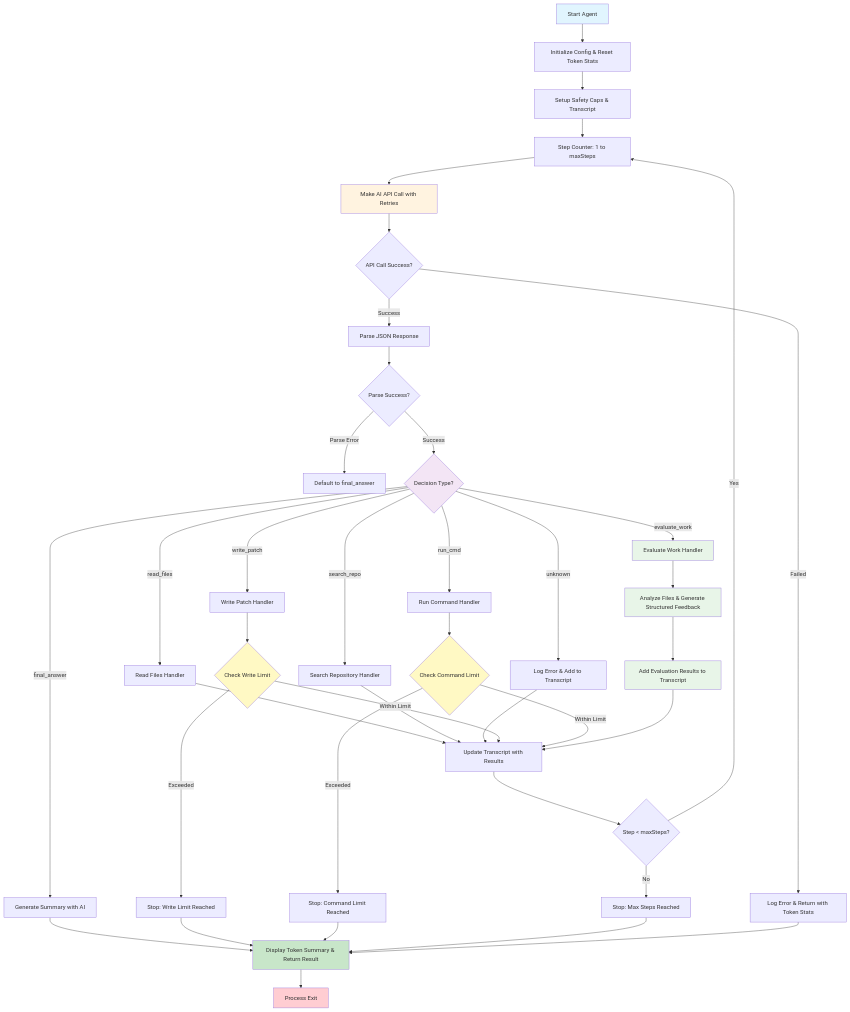
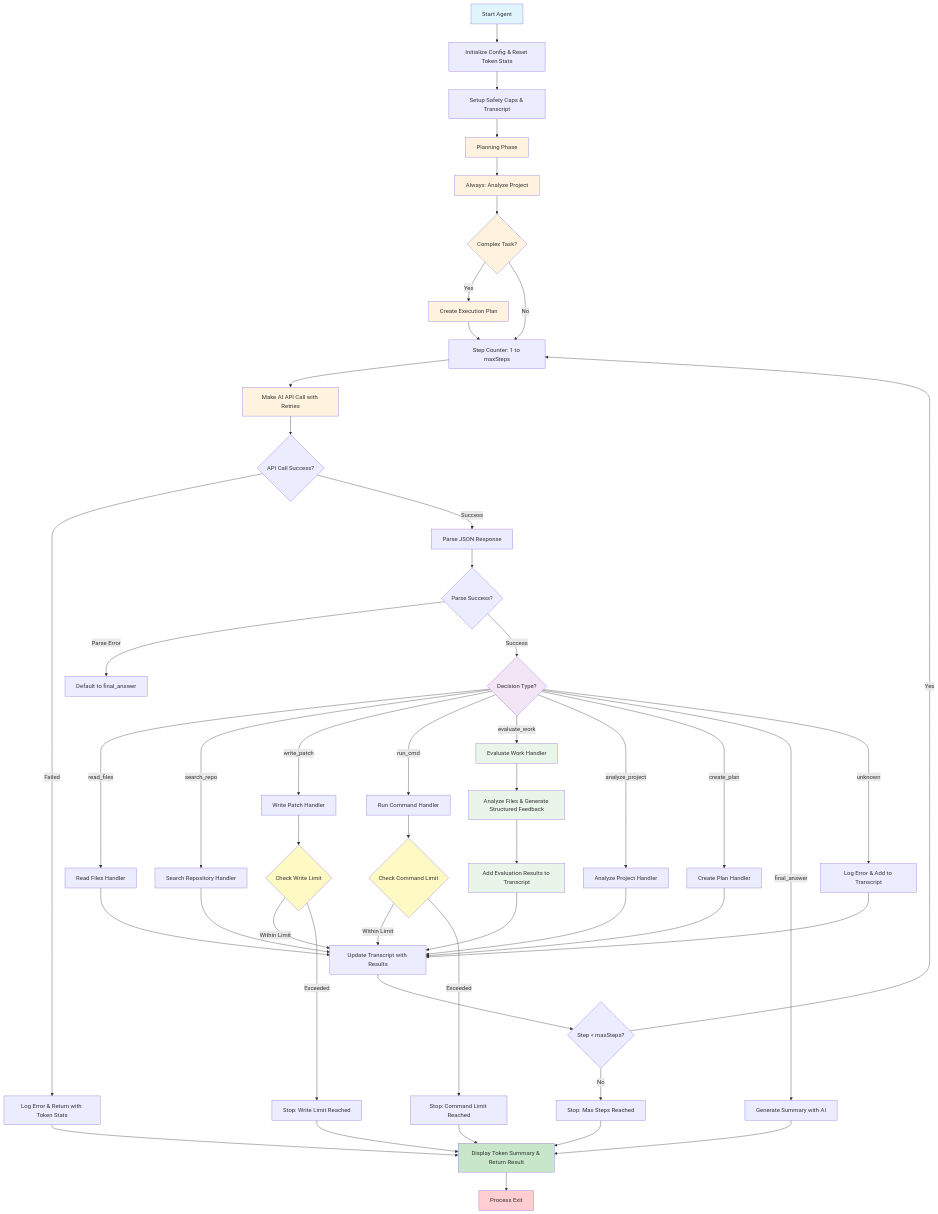
The second of 2 diagrams in readme.md (devhelpr/agent-loop), drawn with Mermaid before and after one commit. The commit also changed other lines of this file, not shown here.

Commit message:
Update README to reflect new planning and analysis features
- Added new tools: `analyze_project` and `create_plan` for enhanced project analysis and structured execution planning.
- Updated flowcharts to illustrate the revised agent loop and detailed architecture, incorporating the new planning phase.
- Improved clarity and organization of the high-level agent loop and detailed architecture diagrams.

````diff
--- a/readme.md
+++ b/readme.md
@@ -82,60 +99,75 @@
 ```mermaid
 flowchart TD
     A[Start Agent] --> B[Initialize Config & Reset Token Stats]
     B --> C[Setup Safety Caps & Transcript]
-    C --> D[Step Counter: 1 to maxSteps]
-    D --> E[Make AI API Call with Retries]
+    C --> D[Planning Phase]
     
-    E --> F{API Call Success?}
-    F -->|Failed| G[Log Error & Return with Token Stats]
-    F -->|Success| H[Parse JSON Response]
+    D --> D1[Always: Analyze Project]
+    D1 --> D2{Complex Task?}
+    D2 -->|Yes| D3[Create Execution Plan]
+    D2 -->|No| E
+    D3 --> E[Step Counter: 1 to maxSteps]
     
-    H --> I{Parse Success?}
-    I -->|Parse Error| J[Default to final_answer]
-    I -->|Success| K{Decision Type?}
+    E --> F[Make AI API Call with Retries]
     
-    K -->|read_files| L[Read Files Handler]
-    K -->|search_repo| M[Search Repository Handler]
-    K -->|write_patch| N[Write Patch Handler]
-    K -->|run_cmd| O[Run Command Handler]
-    K -->|evaluate_work| P[Evaluate Work Handler]
-    K -->|final_answer| Q[Generate Summary with AI]
-    K -->|unknown| R[Log Error & Add to Transcript]
+    F --> G{API Call Success?}
+    G -->|Failed| H[Log Error & Return with Token Stats]
+    G -->|Success| I[Parse JSON Response]
     
-    L --> S[Update Transcript with Results]
-    M --> S
-    N --> T{Check Write Limit}
-    O --> U{Check Command Limit}
-    P --> V[Analyze Files & Generate Structured Feedback]
-    R --> S
+    I --> J{Parse Success?}
+    J -->|Parse Error| K[Default to final_answer]
+    J -->|Success| L{Decision Type?}
     
-    T -->|Within Limit| S
-    T -->|Exceeded| W[Stop: Write Limit Reached]
-    U -->|Within Limit| S
-    U -->|Exceeded| X[Stop: Command Limit Reached]
+    L -->|read_files| M[Read Files Handler]
+    L -->|search_repo| N[Search Repository Handler]
+    L -->|write_patch| O[Write Patch Handler]
+    L -->|run_cmd| P[Run Command Handler]
+    L -->|evaluate_work| Q[Evaluate Work Handler]
+    L -->|analyze_project| R[Analyze Project Handler]
+    L -->|create_plan| S[Create Plan Handler]
+    L -->|final_answer| T[Generate Summary with AI]
+    L -->|unknown| U[Log Error & Add to Transcript]
     
-    V --> Y[Add Evaluation Results to Transcript]
-    Y --> S
+    M --> V[Update Transcript with Results]
+    N --> V
+    O --> W{Check Write Limit}
+    P --> X{Check Command Limit}
+    Q --> Y[Analyze Files & Generate Structured Feedback]
+    R --> V
+    S --> V
+    U --> V
     
-    S --> Z{Step < maxSteps?}
-    Z -->|Yes| D
-    Z -->|No| AA[Stop: Max Steps Reached]
+    W -->|Within Limit| V
+    W -->|Exceeded| Z[Stop: Write Limit Reached]
+    X -->|Within Limit| V
+    X -->|Exceeded| AA[Stop: Command Limit Reached]
     
-    Q --> BB[Display Token Summary & Return Result]
-    W --> BB
-    X --> BB
-    AA --> BB
-    G --> BB
-    BB --> CC[Process Exit]
+    Y --> AB[Add Evaluation Results to Transcript]
+    AB --> V
+    
+    V --> AC{Step < maxSteps?}
+    AC -->|Yes| E
+    AC -->|No| AD[Stop: Max Steps Reached]
+    
+    T --> AE[Display Token Summary & Return Result]
+    Z --> AE
+    AA --> AE
+    AD --> AE
+    H --> AE
+    AE --> AF[Process Exit]
     
     style A fill:#e1f5fe
-    style BB fill:#c8e6c9
-    style CC fill:#ffcdd2
-    style E fill:#fff3e0
-    style K fill:#f3e5f5
-    style P fill:#e8f5e8
-    style V fill:#e8f5e8
+    style D fill:#fff3e0
+    style D1 fill:#fff3e0
+    style D2 fill:#fff3e0
+    style D3 fill:#fff3e0
+    style AE fill:#c8e6c9
+    style AF fill:#ffcdd2
+    style F fill:#fff3e0
+    style L fill:#f3e5f5
+    style Q fill:#e8f5e8
     style Y fill:#e8f5e8
-    style T fill:#fff9c4
-    style U fill:#fff9c4
+    style AB fill:#e8f5e8
+    style W fill:#fff9c4
+    style X fill:#fff9c4
 ```
````
